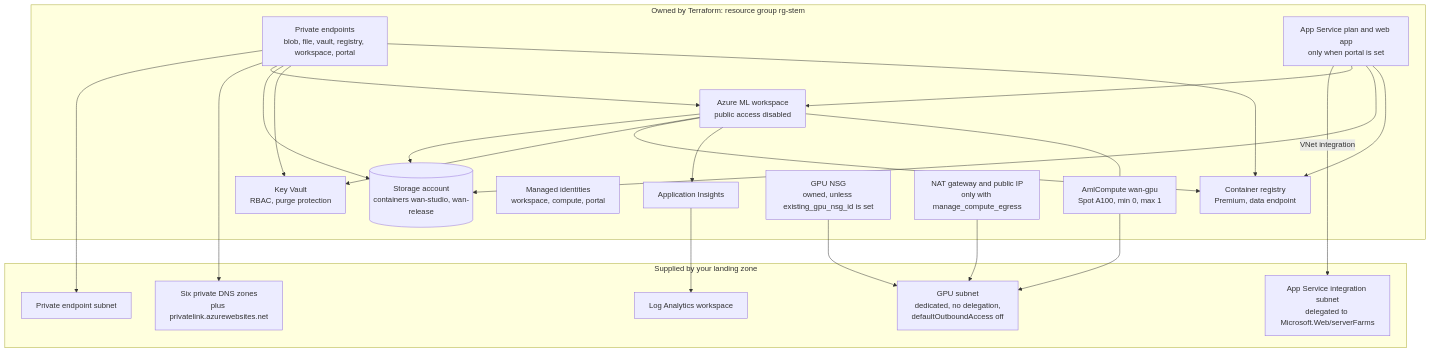
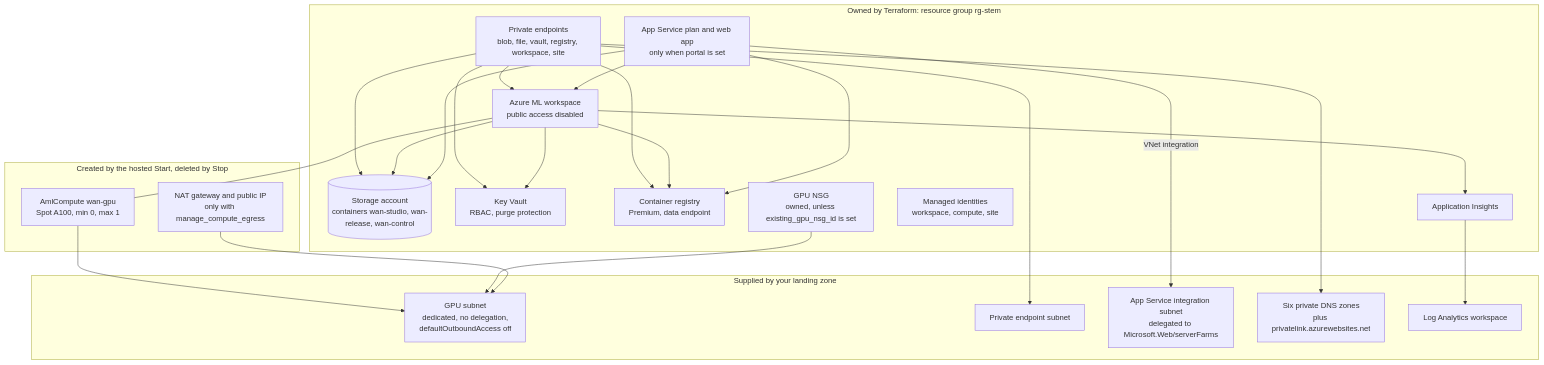
The diagram in docs-site/deployment/architecture/overview.mdx (seiggy/wan-safety-studio), drawn with Mermaid before and after one commit. The commit also changed other lines of this file and 233 other files, not shown here.

First line of the commit message:
Split into App Service, CI/CD and Azure ML job boundaries with regional routing and options-based configuration

````diff
--- a/docs-site/deployment/architecture/overview.mdx
+++ b/docs-site/deployment/architecture/overview.mdx
@@ -25,44 +25,47 @@
 ```mermaid
 flowchart TB
   subgraph supplied["Supplied by your landing zone"]
     gpusn["GPU subnet<br/>dedicated, no delegation,<br/>defaultOutboundAccess off"]
     pesn["Private endpoint subnet"]
     intsn["App Service integration subnet<br/>delegated to Microsoft.Web/serverFarms"]
     dns["Six private DNS zones<br/>plus privatelink.azurewebsites.net"]
     law["Log Analytics workspace"]
   end
 
   subgraph owned["Owned by Terraform: resource group rg-stem"]
     mlw["Azure ML workspace<br/>public access disabled"]
-    st[("Storage account<br/>containers wan-studio, wan-release")]
+    st[("Storage account<br/>containers wan-studio, wan-release, wan-control")]
     kv["Key Vault<br/>RBAC, purge protection"]
     acr["Container registry<br/>Premium, data endpoint"]
     ai["Application Insights"]
-    ids["Managed identities<br/>workspace, compute, portal"]
-    pes["Private endpoints<br/>blob, file, vault, registry, workspace, portal"]
+    ids["Managed identities<br/>workspace, compute, site"]
+    pes["Private endpoints<br/>blob, file, vault, registry, workspace, site"]
+    nsg["GPU NSG<br/>owned, unless existing_gpu_nsg_id is set"]
+    app["App Service plan and web app<br/>only when portal is set"]
+  end
+
+  subgraph runtime["Created by the hosted Start, deleted by Stop"]
     cluster["AmlCompute wan-gpu<br/>Spot A100, min 0, max 1"]
-    nsg["GPU NSG<br/>owned, unless existing_gpu_nsg_id is set"]
     nat["NAT gateway and public IP<br/>only with manage_compute_egress"]
-    app["App Service plan and web app<br/>only when portal is set"]
   end
 
   app -->|"VNet integration"| intsn
   pes --> pesn
   pes --> dns
   pes --> mlw
   pes --> st
   pes --> kv
   pes --> acr
   cluster --> gpusn
   nsg --> gpusn
   nat --> gpusn
   mlw --> st
   mlw --> kv
   mlw --> acr
   mlw --> ai
   ai --> law
   mlw --- cluster
   app --> mlw
   app --> st
   app --> acr
 ```
````
